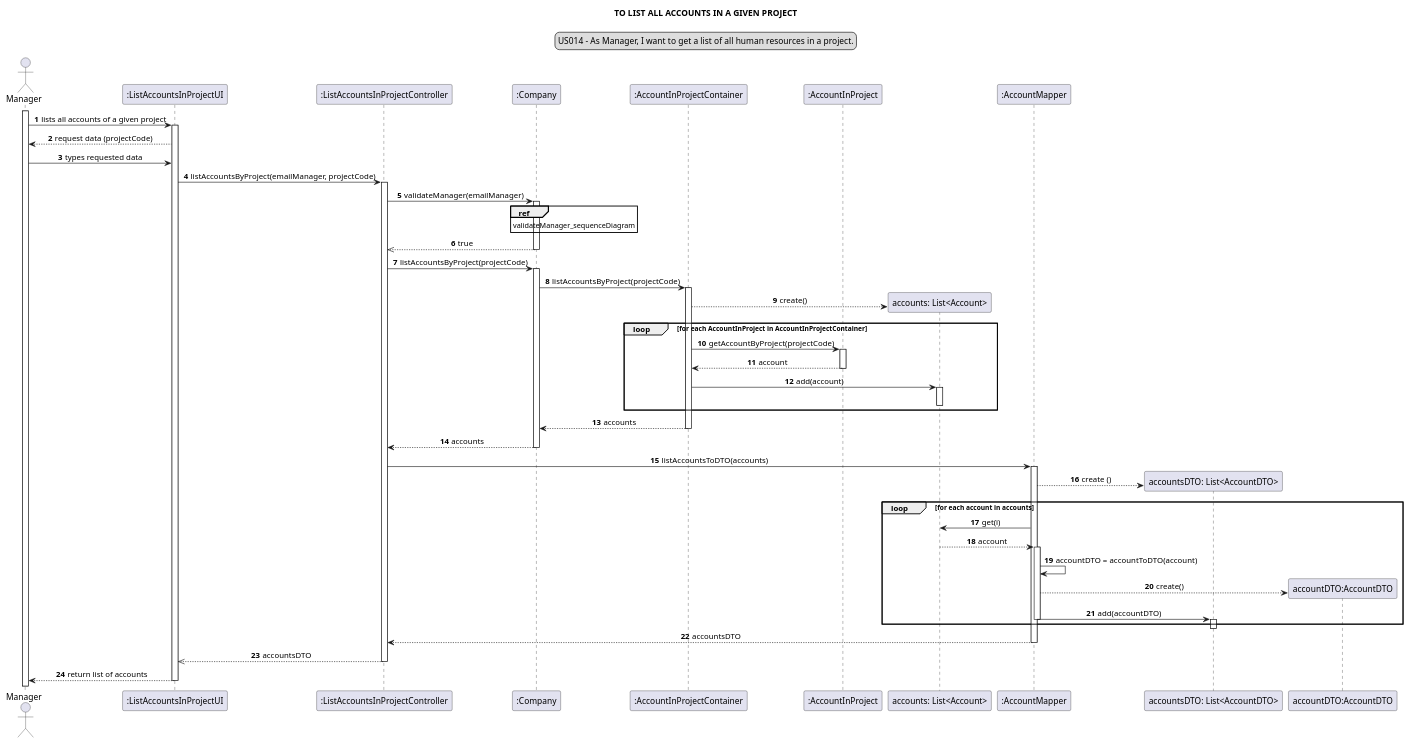
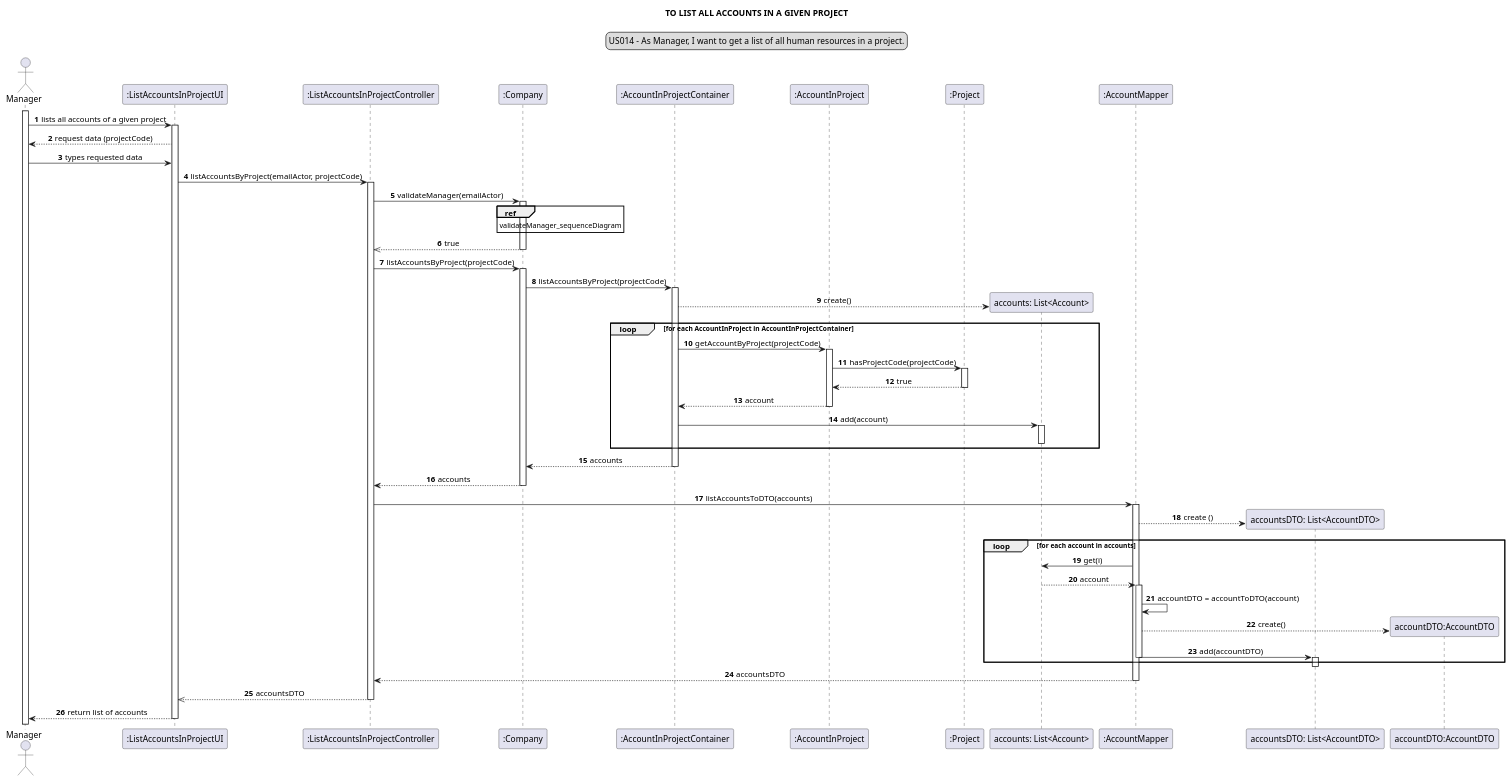
Before and after one commit to Loracline/project_switch_22-23: the diagram in docs/modelling_design/user_stories/sprint02/us014/US014_sequenceDiagram.puml, drawn with PlantUML. The commit also changed 19 other files, not shown here.

First line of the commit message:
US014: Development: Code refinement. US014:  Design : Refinement of Sequence Diagram	and Class Diagram.

```diff
--- a/docs/modelling_design/user_stories/sprint02/us014/US014_sequenceDiagram.puml
+++ b/docs/modelling_design/user_stories/sprint02/us014/US014_sequenceDiagram.puml
@@ -1,71 +1,78 @@
 @startuml
 skinparam sequenceMessageAlign center
 title TO LIST ALL ACCOUNTS IN A GIVEN PROJECT
 legend top
 US014 - As Manager, I want to get a list of all human resources in a project.
 end legend
 autonumber
 actor Manager
 participant ":ListAccountsInProjectUI" as ui
 participant ":ListAccountsInProjectController" as controller
 participant ":Company" as company
 participant ":AccountInProjectContainer" as aipc
 participant ":AccountInProject" as aip
+participant ":Project" as pr
 participant "accounts: List<Account>" as list
 participant ":AccountMapper" as mapper
 participant "accountsDTO: List<AccountDTO>" as listDTO
 participant "accountDTO:AccountDTO" as DTO
+
+
 activate Manager
 Manager -> ui: lists all accounts of a given project
 activate ui
 ui --> Manager: request data (projectCode)
 Manager -> ui: types requested data
-ui -> controller: listAccountsByProject(emailManager, projectCode)
+ui -> controller: listAccountsByProject(emailActor, projectCode)
 activate controller
-controller -> company: validateManager(emailManager)
+controller -> company: validateManager(emailActor)
 activate company
 ref over company: validateManager_sequenceDiagram
 company -->> controller: true
 deactivate company
 controller -> company: listAccountsByProject(projectCode)
 activate company
 company -> aipc: listAccountsByProject(projectCode)
 activate aipc
 create list
 aipc --> list :create()
 loop for each AccountInProject in AccountInProjectContainer
 aipc -> aip : getAccountByProject(projectCode)
 activate aip
+aip -> pr : hasProjectCode(projectCode)
+activate pr
+pr --> aip : true
+deactivate pr
 aip --> aipc : account
 deactivate aip
 aipc -> list : add(account)
 activate list
 deactivate list
 end loop
 aipc --> company : accounts
 deactivate aipc
 company --> controller: accounts
 deactivate company
 controller -> mapper: listAccountsToDTO(accounts)
 activate mapper
 create listDTO
 mapper --> listDTO: create ()
 loop for each account in accounts
 mapper -> list: get(i)
 list --> mapper: account
 activate mapper
 mapper -> mapper : accountDTO = accountToDTO(account)
 create DTO
 mapper --> DTO : create()
 mapper ->listDTO :add(accountDTO)
 deactivate mapper
 activate listDTO
 end loop
 deactivate listDTO
 mapper --> controller :accountsDTO
 deactivate mapper
 controller -->> ui: accountsDTO
 deactivate controller
 ui --> Manager: return list of accounts
 deactivate ui
 @enduml
```
